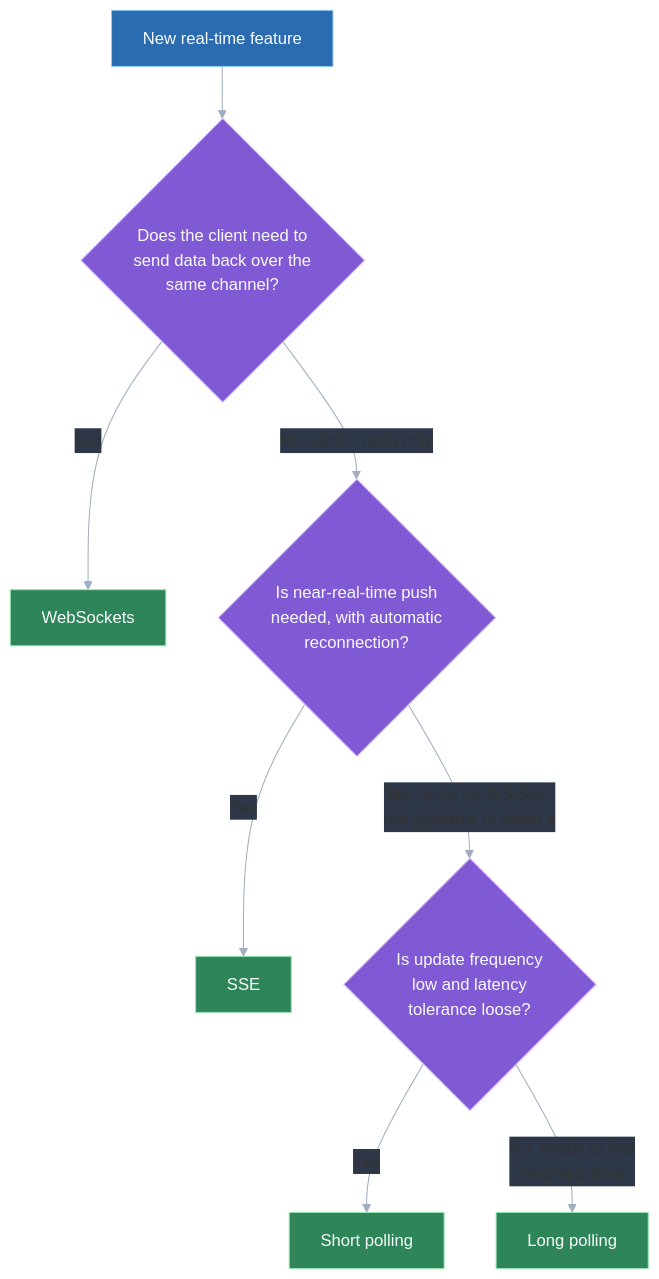
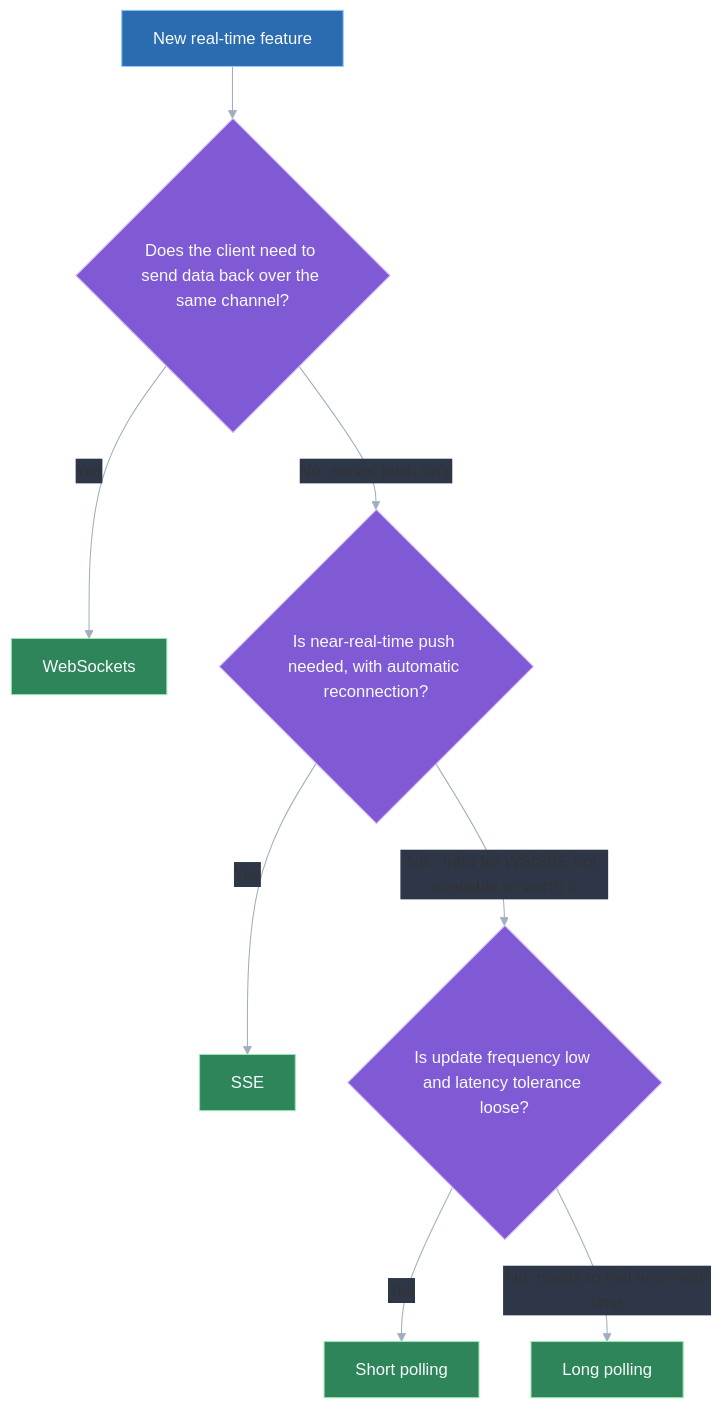
One commit to vinayakhumberi/litmus changed the first of 2 diagrams in data/topics/websockets-sse-polling.md. Above: the diagram before and after it, drawn with Mermaid. The commit also changed other lines of this file and 68 other files, not shown here.

````diff
--- a/data/topics/websockets-sse-polling.md
+++ b/data/topics/websockets-sse-polling.md
@@ -106,19 +106,19 @@
 ```mermaid
 %%{init: {"theme": "base", "themeVariables": {"lineColor": "#a0aec0", "edgeLabelBackground": "#2d3748", "textColor": "#f7fafc"}}}%%
 graph TD
-    A["New real-time feature"] --> B{"Does the client need to<br>send data back over the<br>same channel?"}
+    A["New real-time feature"] --> B{"Does the client need to send data back over the same channel?"}
     B -- "Yes" --> C["WebSockets"]
-    B -- "No, server push only" --> D{"Is near-real-time push<br>needed, with automatic<br>reconnection?"}
+    B -- "No, server push only" --> D{"Is near-real-time push needed, with automatic reconnection?"}
     D -- "Yes" --> E["SSE"]
-    D -- "No - infra for WS/SSE<br>not available or worth it" --> F{"Is update frequency<br>low and latency<br>tolerance loose?"}
+    D -- "No - infra for WS/SSE not available or worth it" --> F{"Is update frequency low and latency tolerance loose?"}
     F -- "Yes" --> G["Short polling"]
-    F -- "No, needs to feel<br>near-real-time" --> H["Long polling"]
+    F -- "No, needs to feel near-real-time" --> H["Long polling"]
 
     classDef stage fill:#2b6cb0,stroke:#90cdf4,color:#f7fafc
     classDef decision fill:#805ad5,stroke:#d6bcfa,color:#f7fafc
     classDef done fill:#2f855a,stroke:#9ae6b4,color:#f7fafc
 
     class A stage
     class B,D,F decision
     class C,E,G,H done
 ```
````
